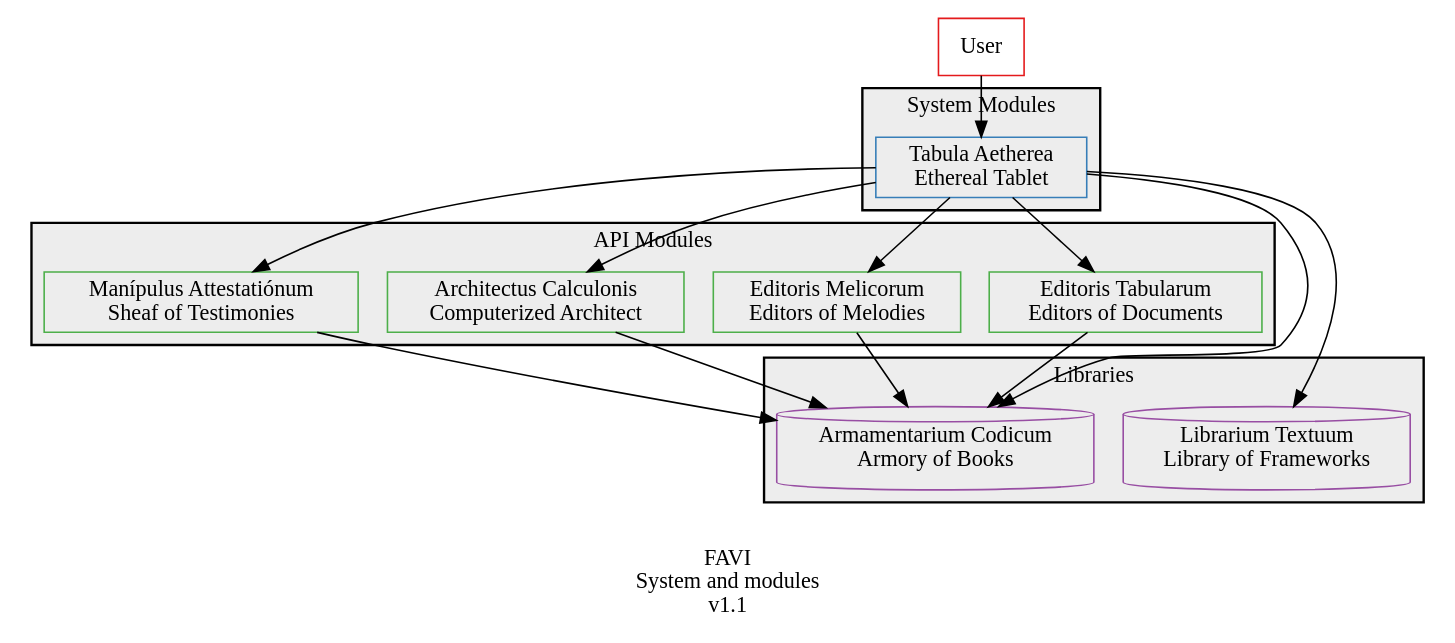
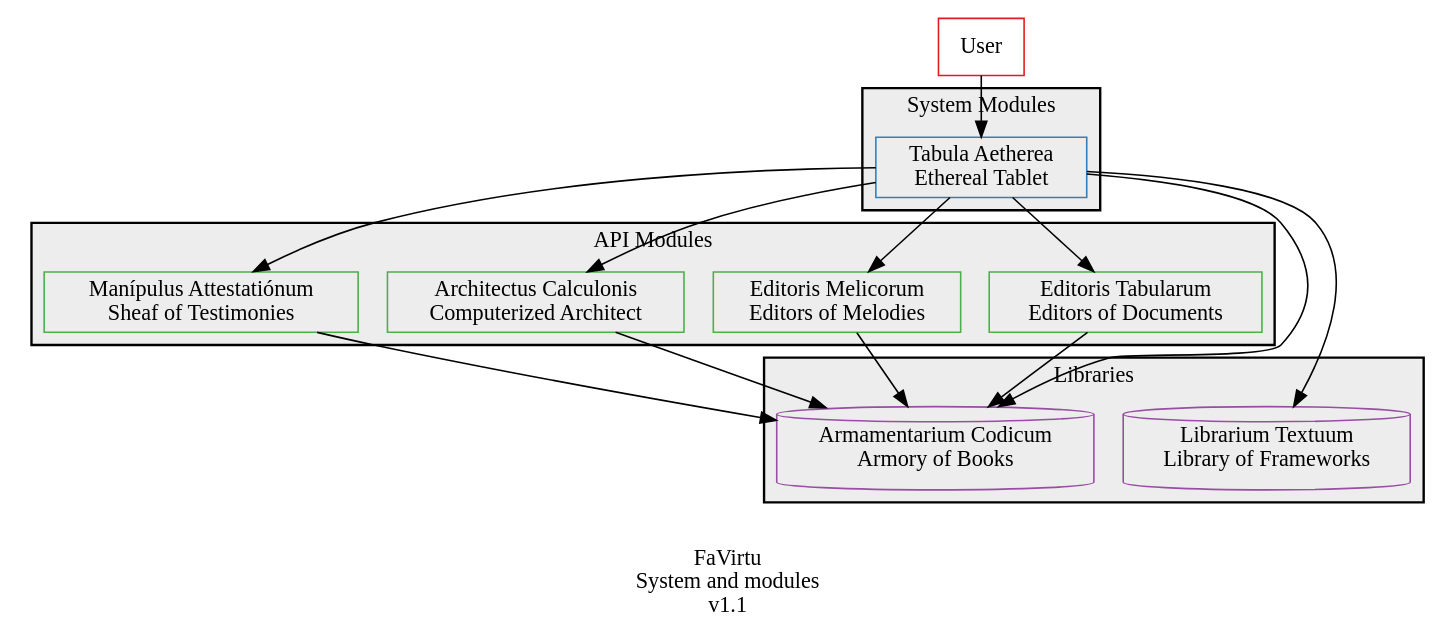
One commit to guild-st-isidore-TO/fabrica-virtualis changed the diagram in static/design/dot/favi-system.dot. Above: the diagram before and after it, drawn with Graphviz. The commit also changed 12 other files, not shown here.

```diff
--- a/static/design/dot/favi-system.dot
+++ b/static/design/dot/favi-system.dot
@@ -1,54 +1,54 @@
 digraph {
-    label = "\nFAVI\nSystem and modules\nv1.1";
+    label = "\nFaVirtu\nSystem and modules\nv1.1";
     node [shape = box;];
     
     user -> tabaeth;
     
     tabaeth -> edimeli;
     tabaeth -> edtab;
     tabaeth -> matte;
     tabaeth -> archalc;
     
     tabaeth -> librext;
     
     tabaeth -> arcodi;
     edimeli -> arcodi;
     edtab -> arcodi;
     matte -> arcodi;
     archalc -> arcodi;
     
     user [label = "User";colorscheme=set19;color = 1;];
     
     subgraph cluster_0 {
         label = "System Modules";
         color = black;
         bgcolor = grey93;
         penwidth = 1.5;
         node [bgcolor = white;];
         
         tabaeth [label = "Tabula Aetherea\nEthereal Tablet";colorscheme=set19;color = 2;];
     }
     subgraph cluster_1 {
         label = "API Modules";
         color = black;
         bgcolor = grey93;
         penwidth = 1.5;
         node [bgcolor = white;];
         
         archalc [label = "Editoris Melicorum\nEditors of Melodies";colorscheme=set19;color = 3;];
         matte [label = "Editoris Tabularum\nEditors of Documents";colorscheme=set19;color = 3;];
         edimeli [label = "Architectus Calculonis\nComputerized Architect";colorscheme=set19;color = 3;];
         edtab [label = "Manípulus Attestatiónum\nSheaf of Testimonies";colorscheme=set19;color = 3;];
     }
     
     subgraph cluster_2 {
         label = "Libraries";
         color = black;
         bgcolor = grey93;
         penwidth = 1.5;
         node [bgcolor = white;];
         
         librext [label = "Librarium Textuum\nLibrary of Frameworks";shape = cylinder;colorscheme=set19;color = 4;];
         arcodi [label = "Armamentarium Codicum\nArmory of Books";shape = cylinder;colorscheme=set19;color = 4;];
     }
 }
```
